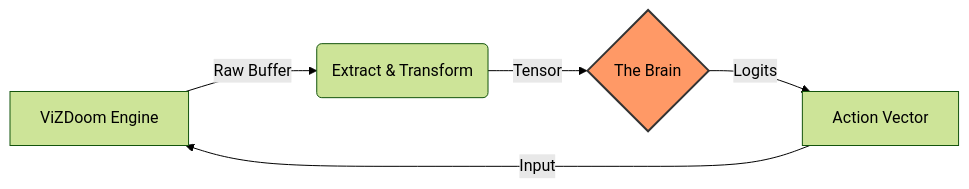
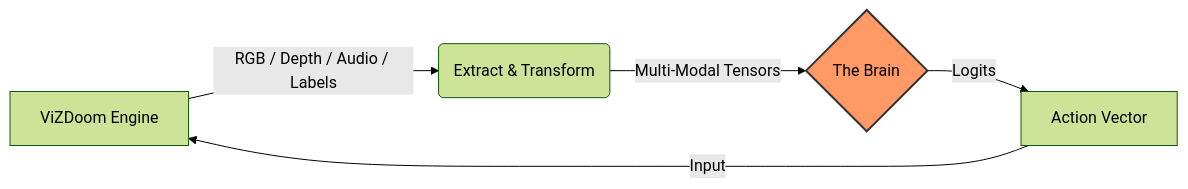
The diagram in docs/index.md (chinchalinchin/golem), drawn with Mermaid (forest theme) before and after one commit. The commit also changed other lines of this file and 6 other files, not shown here.

````diff
--- a/docs/index.md
+++ b/docs/index.md
@@ -21,9 +20,9 @@
 ```mermaid
 graph LR
-    A[ViZDoom Engine] -->|Raw Buffer| B(Extract & Transform)
-    B -->|Tensor| C{The Brain}
+    A[ViZDoom Engine] -->|RGB / Depth / Audio / Labels| B(Extract & Transform)
+    B -->|Multi-Modal Tensors| C{The Brain}
     C -->|Logits| D[Action Vector]
     D -->|Input| A
     
     style C fill:#f96,stroke:#333,stroke-width:2px
 ```
````
